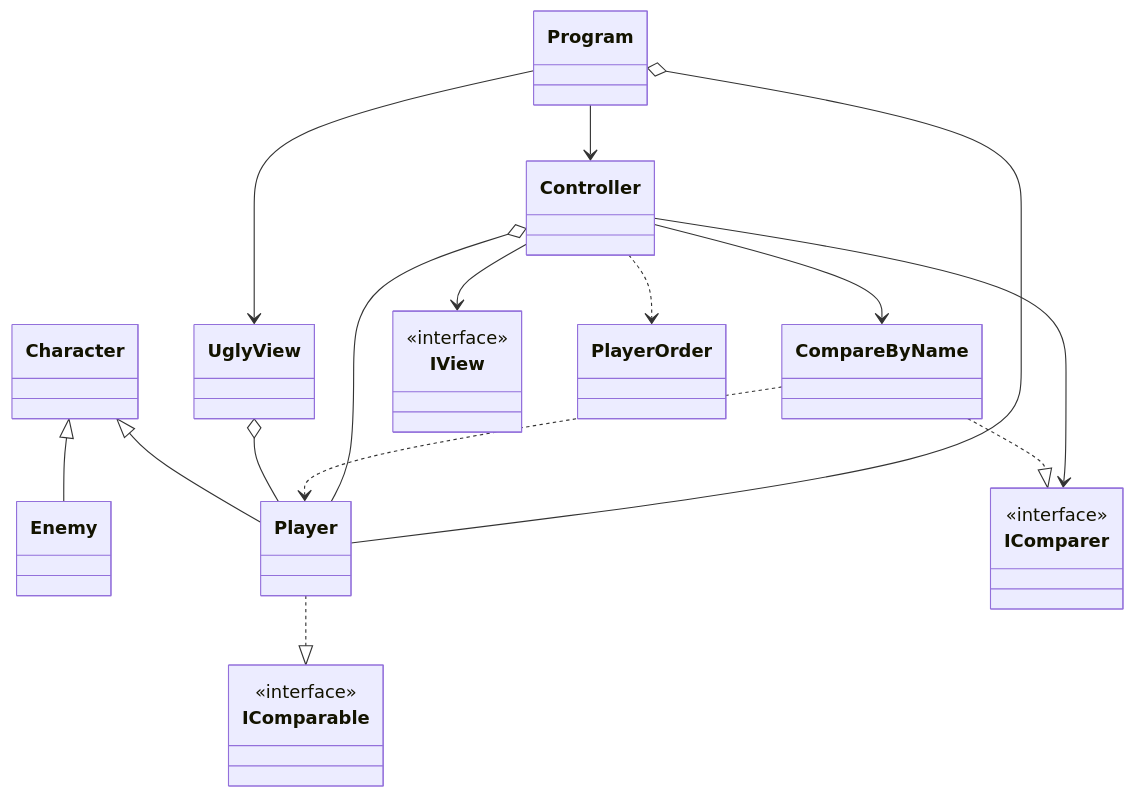
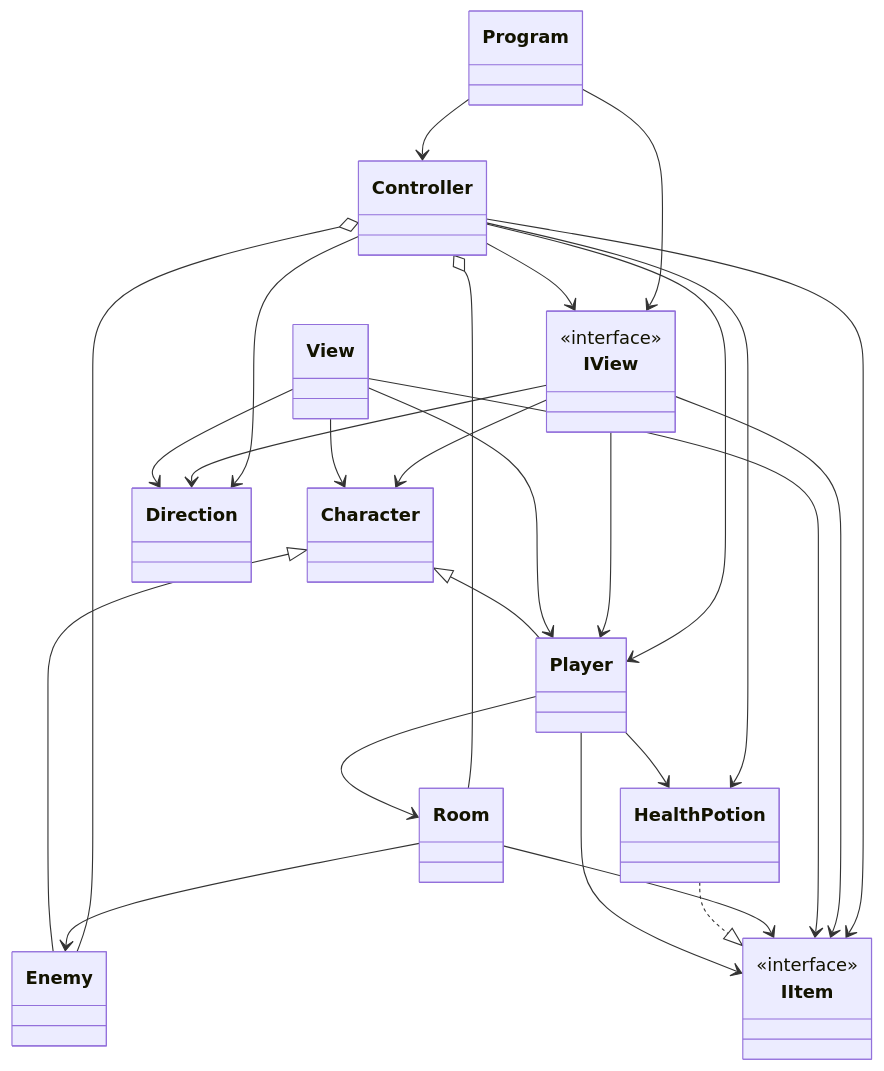
Before and after one commit to Goncalo-Sampaio/YetAnotherDungeonCrawler: the diagram in README.md, drawn with Mermaid. The commit also changed other lines of this file and 1 other file, not shown here.

Commit message:
Finish Documentation

````diff
--- a/README.md
+++ b/README.md
@@ -102,26 +103,38 @@
 ```mermaid
 
 classDiagram
 
 Character <|-- Enemy
 Character <|-- Player
+Player --> Room
+Player --> HealthPotion
+Player --> IItem
+HealthPotion ..|> IItem
+Room --> Enemy
+Room --> IItem
 
+View --> Direction
+View --> Player
+View --> Character
+View --> IItem
 
-UglyView o-- Player
-CompareByName ..|> IComparer
-CompareByName ..> Player
-Controller o-- Player
-Controller --> CompareByName
+IView --> Direction
+IView --> Player
+IView --> Character
+IView --> IItem
+
+Controller --> Direction 
 Controller --> IView
-Controller --> IComparer
-Controller ..> PlayerOrder
-Player ..|> IComparable
-Program o-- Player
+Controller o-- Room
+Controller o-- Enemy
+Controller --> Player
+Controller --> IItem
+Controller --> HealthPotion
+
 Program --> Controller
-Program --> UglyView
+Program --> IView
 
-<<interface>>IComparer
-<<interface>>IComparable
+<<interface>>IItem
 <<interface>>IView
 
 ```
````
